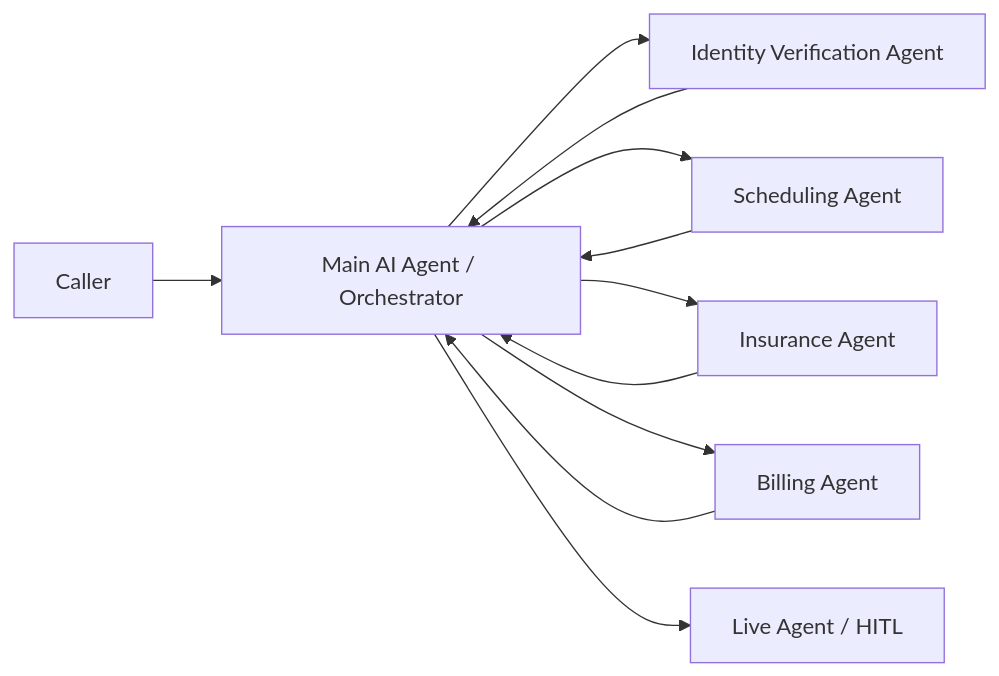
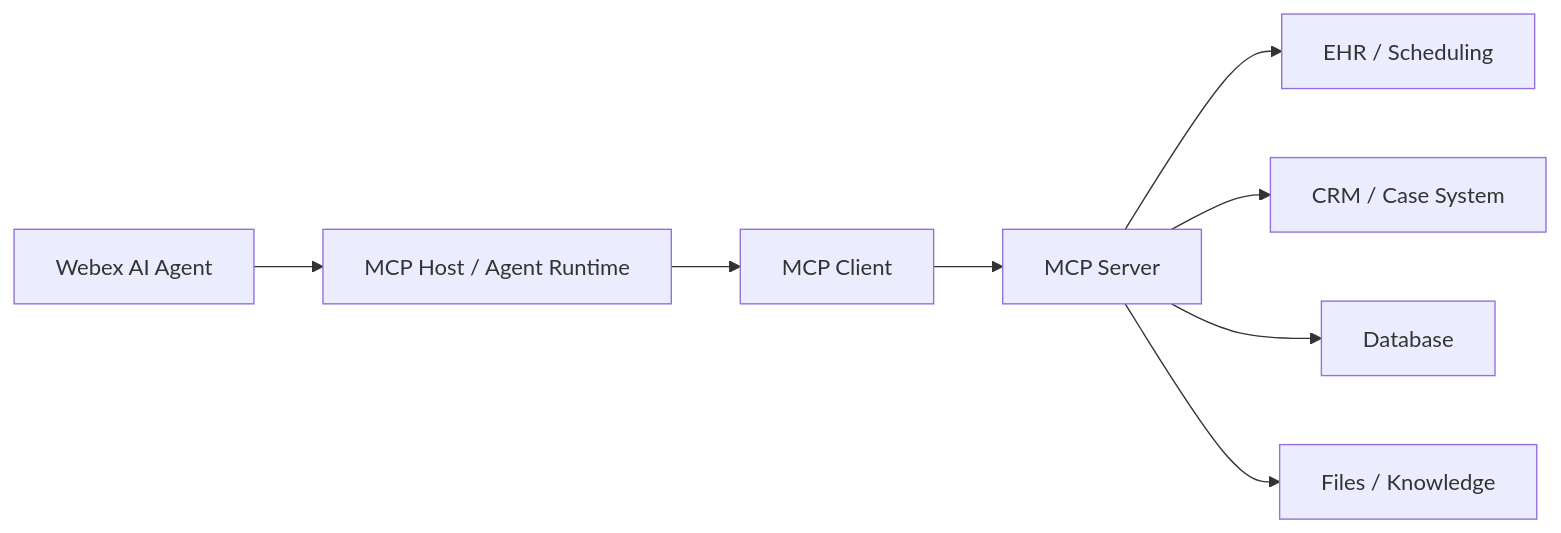
One commit to WebexSamples/webex-ai-agents changed the first of 2 diagrams in AI_CookBook/docs/multi-agent-strategy.md. Above: the diagram before and after it, drawn with Mermaid. The commit also changed other lines of this file, not shown here.

````diff
--- a/AI_CookBook/docs/multi-agent-strategy.md
+++ b/AI_CookBook/docs/multi-agent-strategy.md
@@ -155,13 +22,10 @@
 ```mermaid
 flowchart LR
-    Caller[Caller] --> Orchestrator[Main AI Agent / Orchestrator]
-    Orchestrator --> Verify[Identity Verification Agent]
-    Orchestrator --> Schedule[Scheduling Agent]
-    Orchestrator --> Insurance[Insurance Agent]
-    Orchestrator --> Billing[Billing Agent]
-    Orchestrator --> Human[Live Agent / HITL]
-    Verify --> Orchestrator
-    Schedule --> Orchestrator
-    Insurance --> Orchestrator
-    Billing --> Orchestrator
+    Agent[Webex AI Agent] --> Host[MCP Host / Agent Runtime]
+    Host --> Client[MCP Client]
+    Client --> Server[MCP Server]
+    Server --> EHR[EHR / Scheduling]
+    Server --> CRM[CRM / Case System]
+    Server --> DB[Database]
+    Server --> Files[Files / Knowledge]
 ```
````
